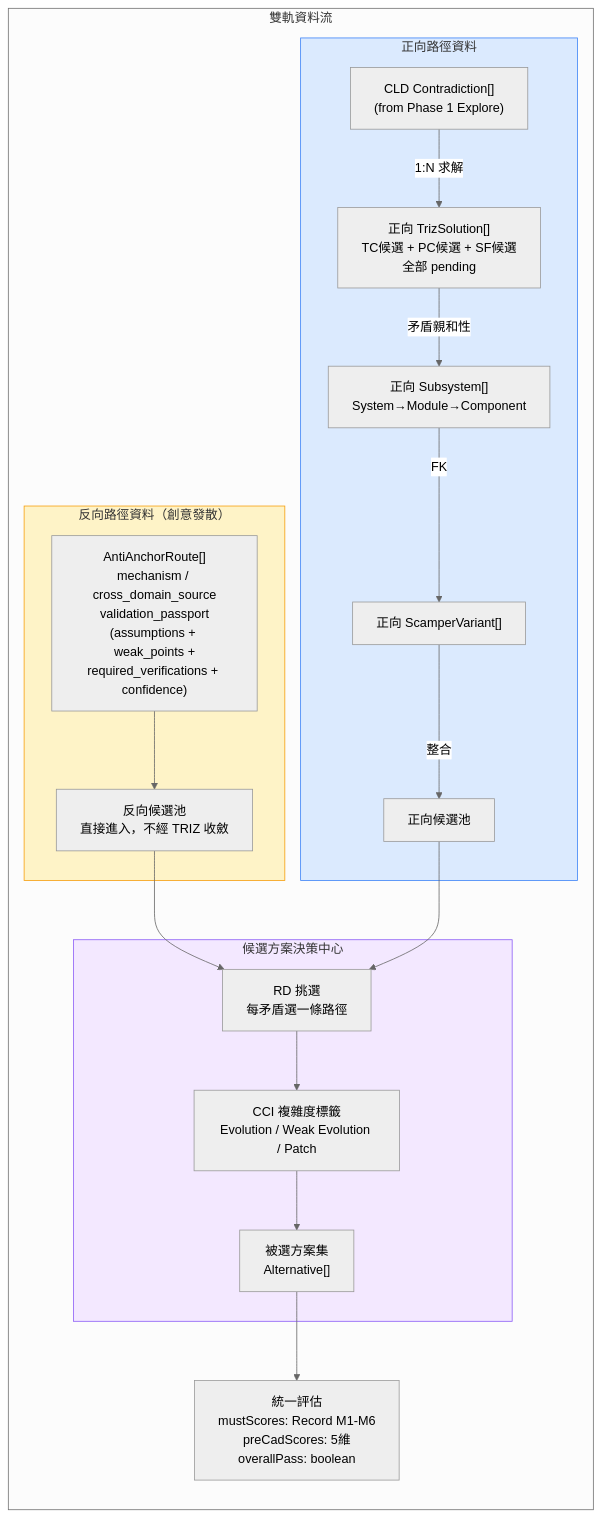
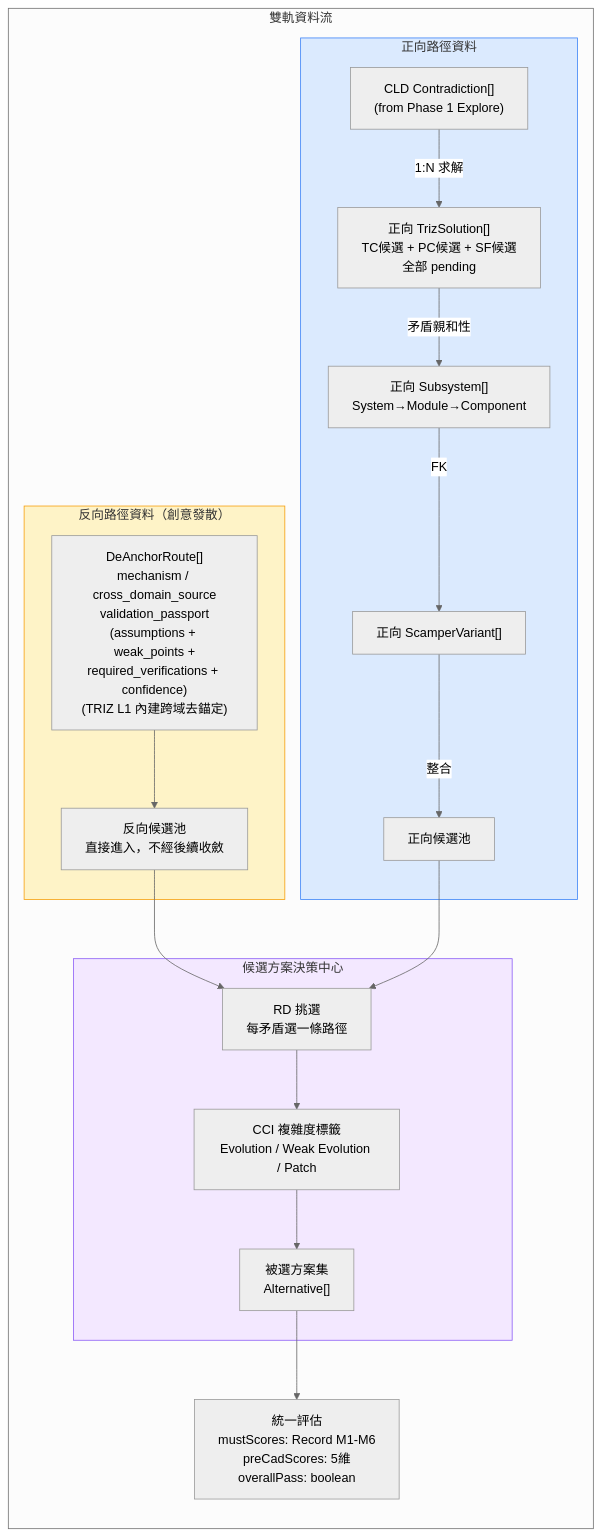
One commit to Zenobia0000/RD_copilot_system changed the third of 3 diagrams in docs/01-define/diagrams/appendix-e--triz-scamper-flow.md. Above: the diagram before and after it, drawn with Mermaid. The commit also changed other lines of this file and 80 other files, not shown here.

````diff
--- a/docs/01-define/diagrams/appendix-e--triz-scamper-flow.md
+++ b/docs/01-define/diagrams/appendix-e--triz-scamper-flow.md
@@ -180,40 +180,40 @@
 ```mermaid
 %%{init: {'theme': 'neutral'}}%%
 flowchart TB
     subgraph DUAL_TRACK["雙軌資料流"]
         direction TB
 
         subgraph REV_DATA["反向路徑資料（創意發散）"]
-            AA["AntiAnchorRoute[]<br/>mechanism / cross_domain_source<br/>validation_passport<br/>(assumptions + weak_points +<br/>required_verifications + confidence)"]
-            R_POOL["反向候選池<br/>直接進入，不經 TRIZ 收斂"]
-            AA --> R_POOL
+            DA["DeAnchorRoute[]<br/>mechanism / cross_domain_source<br/>validation_passport<br/>(assumptions + weak_points +<br/>required_verifications + confidence)<br/>(TRIZ L1 內建跨域去錨定)"]
+            R_POOL["反向候選池<br/>直接進入，不經後續收斂"]
+            DA --> R_POOL
         end
 
         subgraph FWD_DATA["正向路徑資料"]
             F_EC["CLD Contradiction[]<br/>(from Phase 1 Explore)"]
             F_TS["正向 TrizSolution[]<br/>TC候選 + PC候選 + SF候選<br/>全部 pending"]
             F_SS["正向 Subsystem[]<br/>System→Module→Component"]
             F_SV["正向 ScamperVariant[]"]
             F_POOL["正向候選池"]
             F_EC -->|"1:N 求解"| F_TS
             F_TS -->|"矛盾親和性"| F_SS
             F_SS -->|"FK"| F_SV -->|"整合"| F_POOL
         end
 
         subgraph HUB_DATA["候選方案決策中心"]
             SELECT_DATA["RD 挑選<br/>每矛盾選一條路徑"]
             CCI_DATA["CCI 複雜度標籤<br/>Evolution / Weak Evolution / Patch"]
             ADOPTED["被選方案集<br/>Alternative[]"]
             SELECT_DATA --> CCI_DATA --> ADOPTED
         end
         R_POOL --> SELECT_DATA
         F_POOL --> SELECT_DATA
 
         EVAL["統一評估<br/>mustScores: Record M1-M6<br/>preCadScores: 5維<br/>overallPass: boolean"]
         ADOPTED --> EVAL
     end
 
     style REV_DATA fill:#FEF3C7,stroke:#F59E0B
     style FWD_DATA fill:#DBEAFE,stroke:#3B82F6
     style HUB_DATA fill:#F3E8FF,stroke:#8B5CF6
 ```
````
